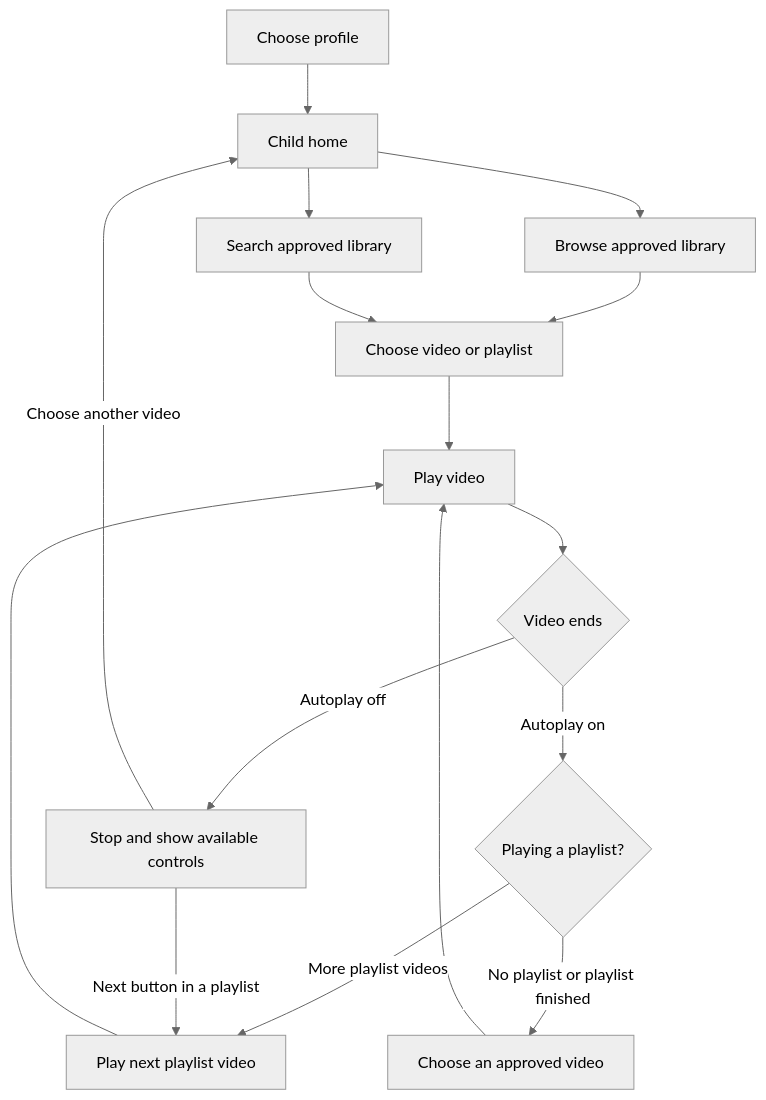
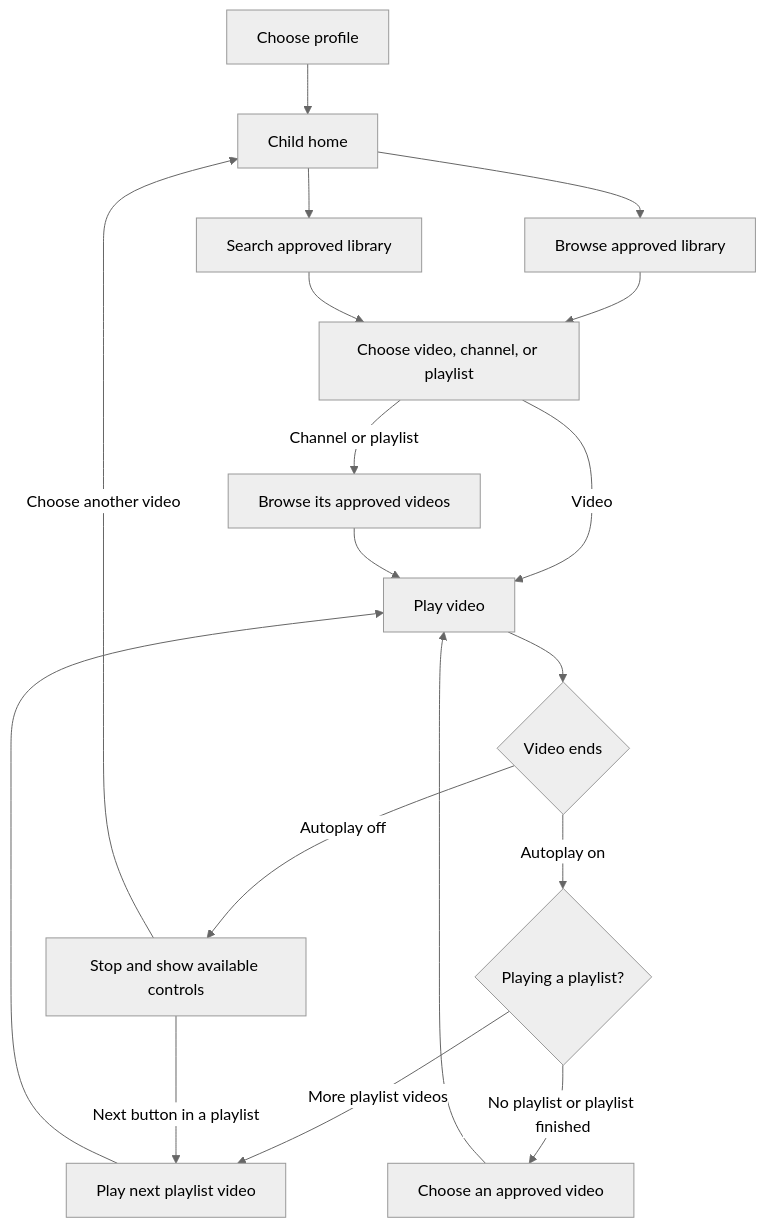
The second of 5 diagrams in USER_FLOW.md (muhauliafirmansyah/NewPipe-Kids), drawn with Mermaid (neutral theme) before and after one commit. The commit also changed other lines of this file and 65 other files, not shown here.

````diff
--- a/USER_FLOW.md
+++ b/USER_FLOW.md
@@ -27,18 +27,20 @@
 ```mermaid
 flowchart TD
     A[Choose profile] --> B[Child home]
     B --> C[Browse approved library]
     B --> D[Search approved library]
-    C --> E[Choose video or playlist]
+    C --> E[Choose video, channel, or playlist]
     D --> E
-    E --> F[Play video]
+    E -->|Video| F[Play video]
+    E -->|Channel or playlist| L[Browse its approved videos]
+    L --> F
     F --> G{Video ends}
     G -->|Autoplay off| H[Stop and show available controls]
     G -->|Autoplay on| I{Playing a playlist?}
     I -->|More playlist videos| J[Play next playlist video]
     I -->|No playlist or playlist finished| K[Choose an approved video]
     J --> F
     K --> F
     H -->|Next button in a playlist| J
     H -->|Choose another video| B
 ```
````
